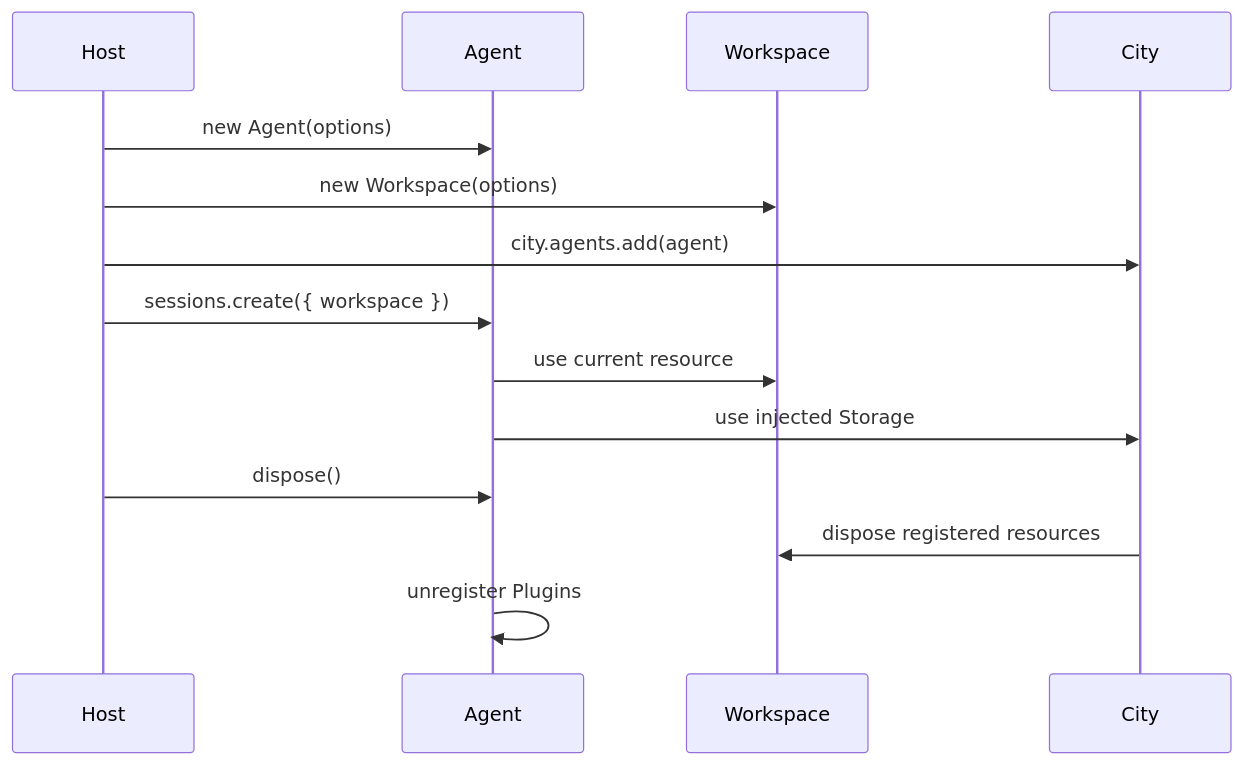
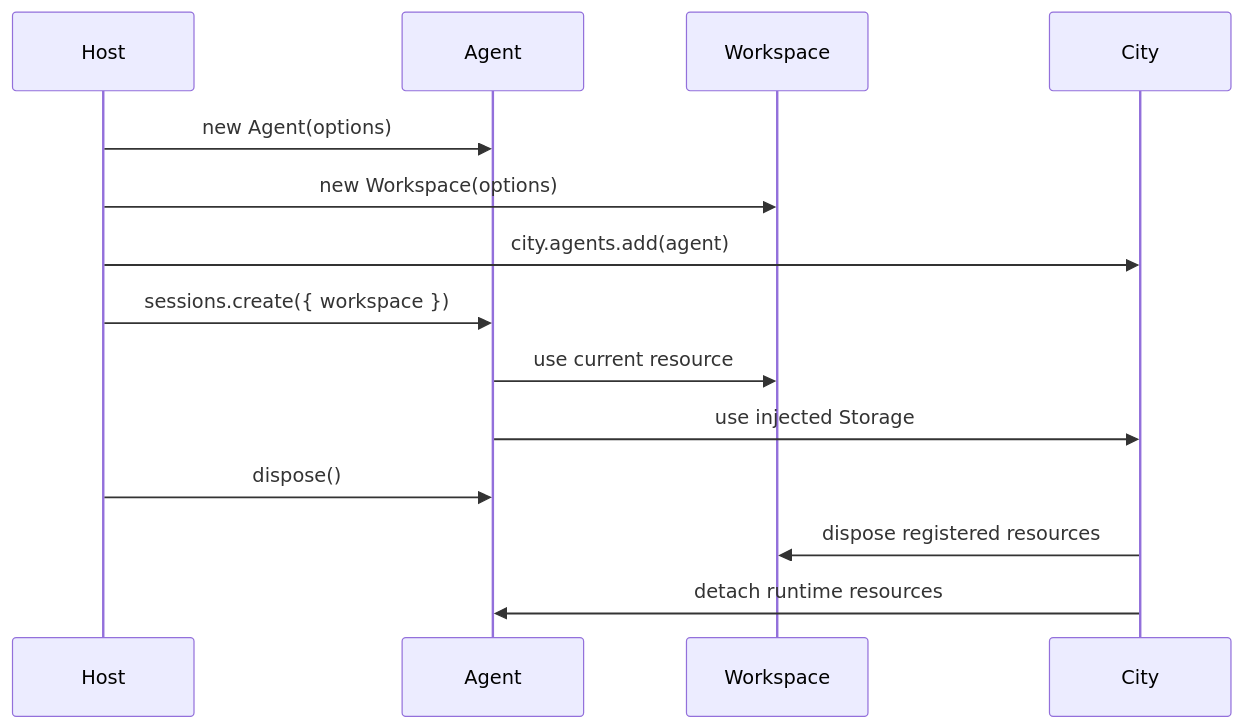
Before and after one commit to genesiscosmos/downcity: the second of 2 diagrams in homepage/content/docs/en/agent/sdk-architecture.mdx, drawn with Mermaid. The commit also changed other lines of this file and 174 other files, not shown here.

````diff
--- a/homepage/content/docs/en/agent/sdk-architecture.mdx
+++ b/homepage/content/docs/en/agent/sdk-architecture.mdx
@@ -148,16 +153,16 @@
 ```mermaid
 sequenceDiagram
     participant Host
     participant Agent
     participant Workspace
     participant City
     Host->>Agent: new Agent(options)
     Host->>Workspace: new Workspace(options)
     Host->>City: city.agents.add(agent)
     Host->>Agent: sessions.create({ workspace })
     Agent->>Workspace: use current resource
     Agent->>City: use injected Storage
     Host->>Agent: dispose()
     City->>Workspace: dispose registered resources
-    Agent->>Agent: unregister Plugins
+    City->>Agent: detach runtime resources
 ```
````
